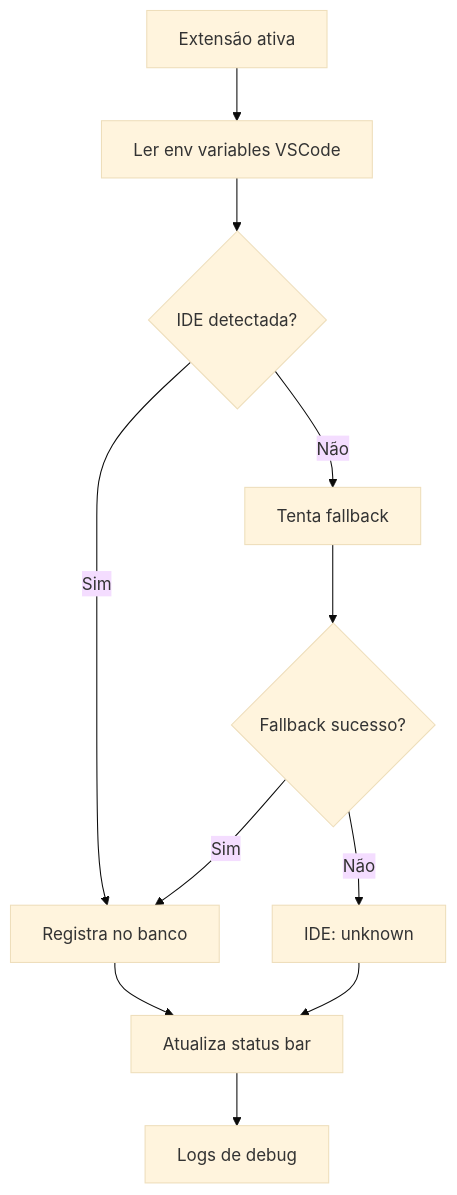
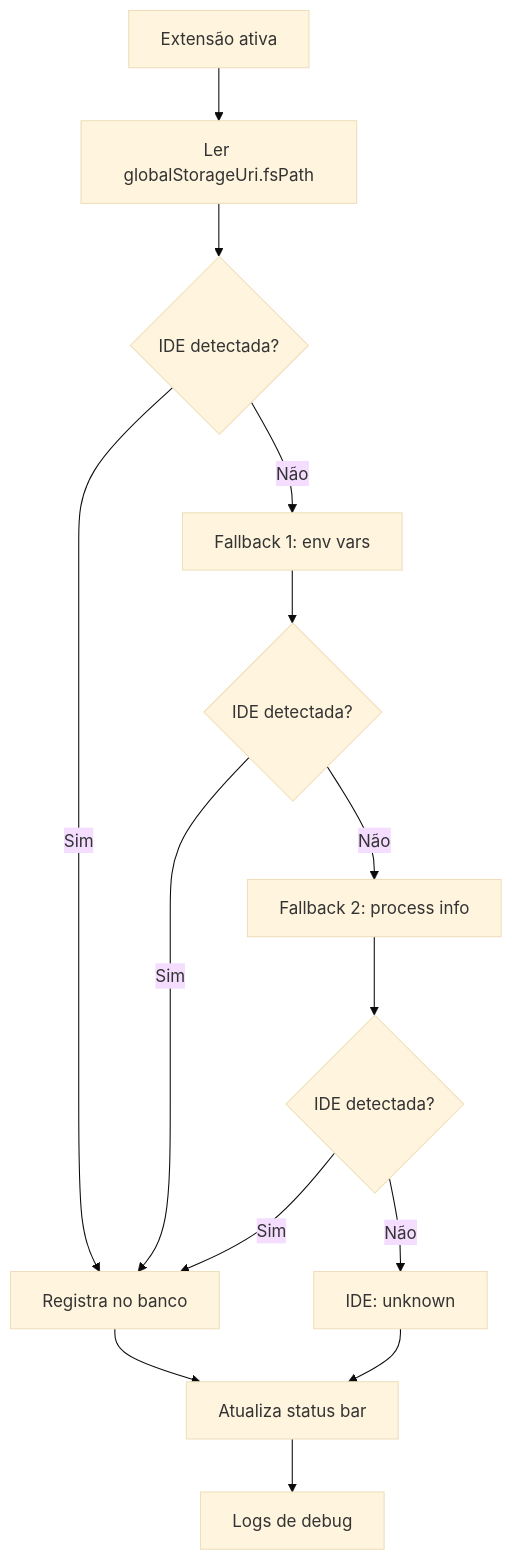
The diagram in docs/PRD_REGISTRO_IDE.md (beliciobcardoso/MyTimeTraceVSCode), drawn with Mermaid (base theme) before and after one commit. The commit also changed other lines of this file and 1 other file, not shown here.

Commit message:
feat: aprimora PRD de registro da IDE com captura de versão diferenciada e métodos de detecção

````diff
--- a/docs/PRD_REGISTRO_IDE.md
+++ b/docs/PRD_REGISTRO_IDE.md
@@ -88,13 +95,16 @@
 ```mermaid
 flowchart TD
-  A[Extensão ativa] --> B[Ler env variables VSCode]
+  A[Extensão ativa] --> B[Ler globalStorageUri.fsPath]
   B --> C{IDE detectada?}
   C -- Sim --> D[Registra no banco]
-  C -- Não --> E[Tenta fallback]
-  E --> F{Fallback sucesso?}
+  C -- Não --> E[Fallback 1: env vars]
+  E --> F{IDE detectada?}
   F -- Sim --> D
-  F -- Não --> G[IDE: unknown]
-  D --> H[Atualiza status bar]
-  G --> H
-  H --> I[Logs de debug]
+  F -- Não --> G[Fallback 2: process info]
+  G --> H{IDE detectada?}
+  H -- Sim --> D
+  H -- Não --> I[IDE: unknown]
+  D --> J[Atualiza status bar]
+  I --> J
+  J --> K[Logs de debug]
 ```
````
